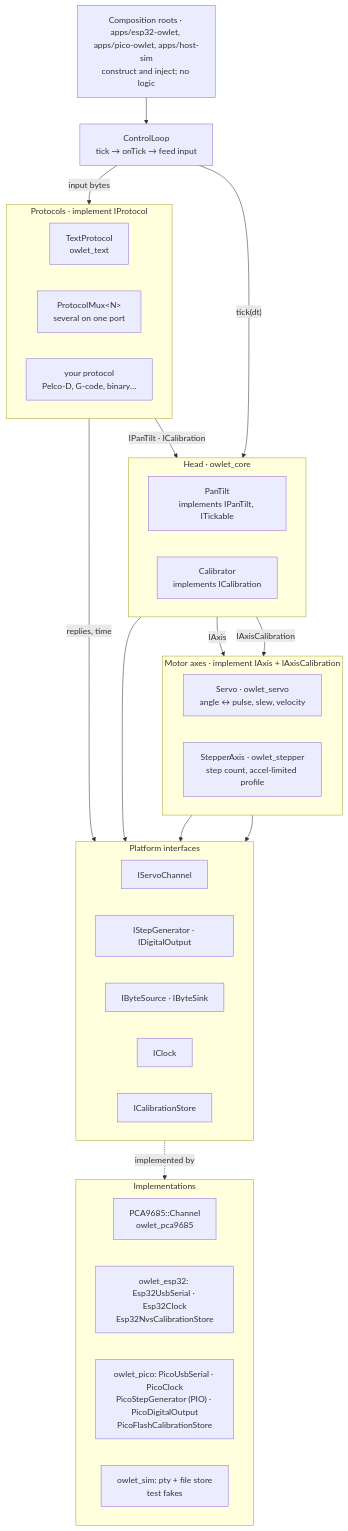
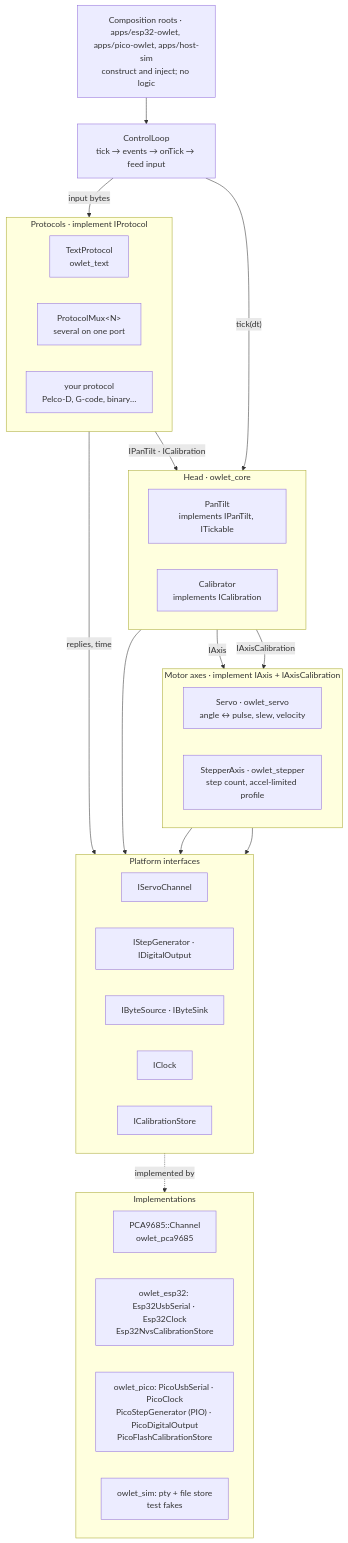
Before and after one commit to Mrunmoy/owlet: the diagram in docs/DESIGN.md, drawn with Mermaid. The commit also changed other lines of this file and 76 other files, not shown here.

````diff
--- a/docs/DESIGN.md
+++ b/docs/DESIGN.md
@@ -81,53 +81,53 @@
 ```mermaid
 flowchart TB
     APP["Composition roots · apps/esp32-owlet, apps/pico-owlet, apps/host-sim<br/>construct and inject; no logic"]
-    LOOP["ControlLoop<br/>tick → onTick → feed input"]
+    LOOP["ControlLoop<br/>tick → events → onTick → feed input"]
 
     subgraph PROTOS["Protocols · implement IProtocol"]
         direction LR
         TEXT["TextProtocol<br/>owlet_text"]
         MUX["ProtocolMux#lt;N#gt;<br/>several on one port"]
         YOURS["your protocol<br/>Pelco-D, G-code, binary…"]
     end
 
     subgraph HEAD["Head · owlet_core"]
         direction LR
         PT["PanTilt<br/>implements IPanTilt, ITickable"]
         CALIB["Calibrator<br/>implements ICalibration"]
     end
 
     subgraph AXES["Motor axes · implement IAxis + IAxisCalibration"]
         direction LR
         SERVO["Servo · owlet_servo<br/>angle ↔ pulse, slew, velocity"]
         STEPPER["StepperAxis · owlet_stepper<br/>step count, accel-limited profile"]
     end
 
     subgraph PORTS["Platform interfaces"]
         direction LR
         CH["IServoChannel"]
         GEN["IStepGenerator · IDigitalOutput"]
         IO["IByteSource · IByteSink"]
         CLK["IClock"]
         STO["ICalibrationStore"]
     end
 
     subgraph IMPL["Implementations"]
         direction LR
         PCA["PCA9685::Channel<br/>owlet_pca9685"]
         ESP["owlet_esp32: Esp32UsbSerial · Esp32Clock<br/>Esp32NvsCalibrationStore"]
         PICO["owlet_pico: PicoUsbSerial · PicoClock<br/>PicoStepGenerator (PIO) · PicoDigitalOutput<br/>PicoFlashCalibrationStore"]
         SIM["owlet_sim: pty + file store<br/>test fakes"]
     end
 
     APP --> LOOP
     LOOP -->|"input bytes"| PROTOS
     LOOP -->|"tick(dt)"| PT
     PROTOS -->|"IPanTilt · ICalibration"| HEAD
     PROTOS -->|"replies, time"| PORTS
     PT -->|"IAxis"| AXES
     CALIB -->|"IAxisCalibration"| AXES
     SERVO --> CH
     STEPPER --> GEN
     CALIB --> STO
     PORTS -.->|"implemented by"| IMPL
 ```
````
